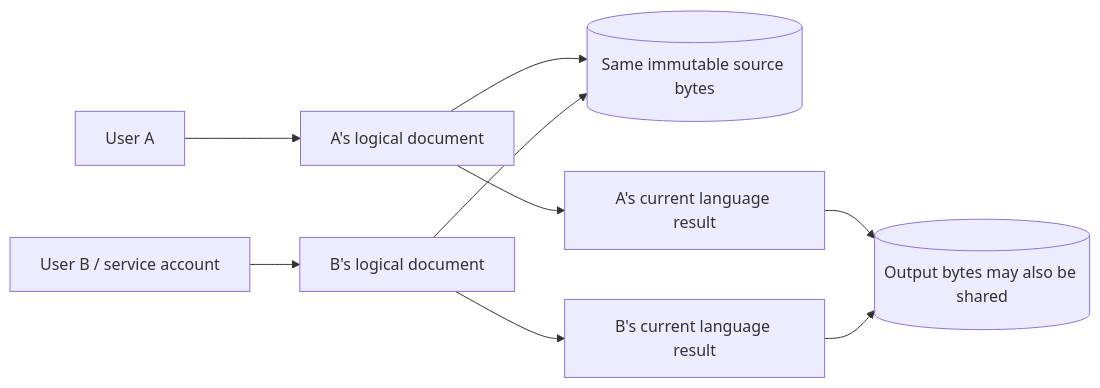
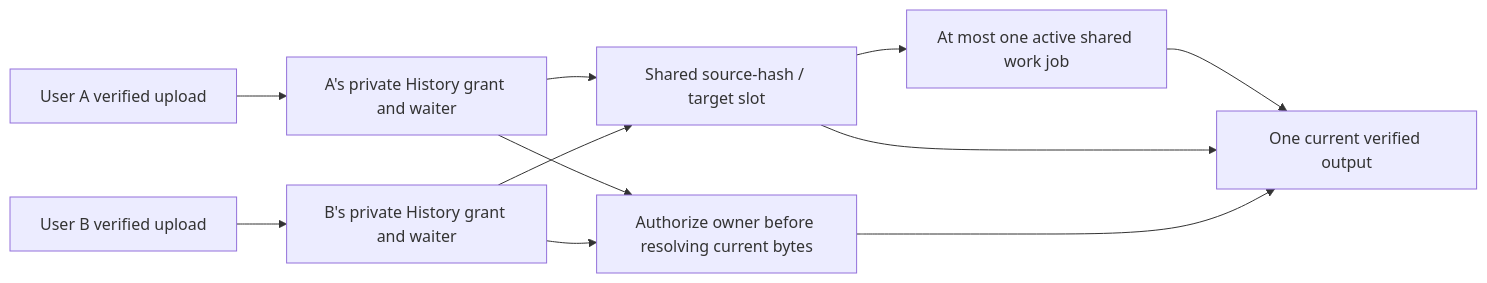
Before and after one commit to mlei06/document-translator: the seventh of 19 diagrams in docs/Architecture.md, drawn with Mermaid. The commit also changed other lines of this file and 337 other files, not shown here.

````diff
--- a/docs/Architecture.md
+++ b/docs/Architecture.md
@@ -181,11 +295,13 @@
 ```mermaid
 flowchart LR
-    UA["User A"] --> DA["A's logical document"]
-    UB["User B / service account"] --> DB["B's logical document"]
-    DA --> INPUT[("Same immutable source bytes")]
-    DB --> INPUT
-    DA --> TA["A's current language result"]
-    DB --> TB["B's current language result"]
-    TA --> OUT[("Output bytes may also be shared")]
-    TB --> OUT
+    A["User A verified upload"] --> GA["A's private History grant and waiter"]
+    B["User B verified upload"] --> GB["B's private History grant and waiter"]
+    GA --> SLOT["Shared source-hash / target slot"]
+    GB --> SLOT
+    SLOT --> WORK["At most one active shared work job"]
+    WORK --> CURRENT["One current verified output"]
+    SLOT --> CURRENT
+    GA --> AUTH["Authorize owner before resolving current bytes"]
+    GB --> AUTH
+    AUTH --> CURRENT
 ```
````
